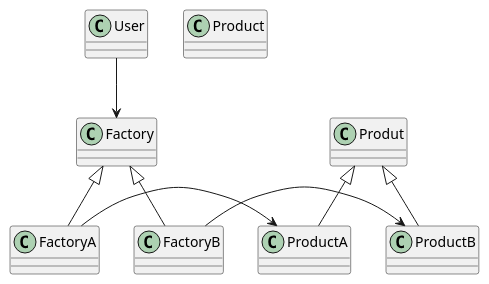
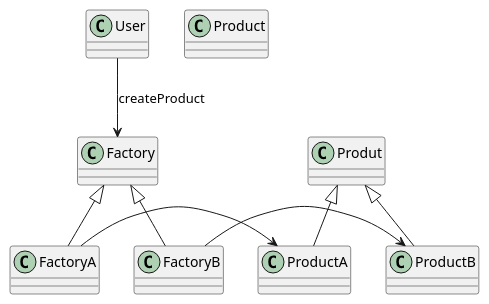
One commit to ponta027/cpp_study changed the second of 3 diagrams in design_pattern/docs/design_pattern.md. Above: the diagram before and after it, drawn with PlantUML. The commit also changed other lines of this file and 13 other files, not shown here.

````diff
--- a/design_pattern/docs/design_pattern.md
+++ b/design_pattern/docs/design_pattern.md
@@ -86,22 +86,22 @@
 ```plantuml
 class Product
 class ProductA
 class ProductB
 Produt <|-- ProductA
 Produt <|-- ProductB
 
 
 class Factory
 class FactoryA
 class FactoryB
 
 Factory <|-- FactoryA
 Factory <|-- FactoryB
 
 FactoryA -> ProductA
 FactoryB -> ProductB
 
 class User
-User --> Factory
+User --> Factory:createProduct
 
 ```
````
